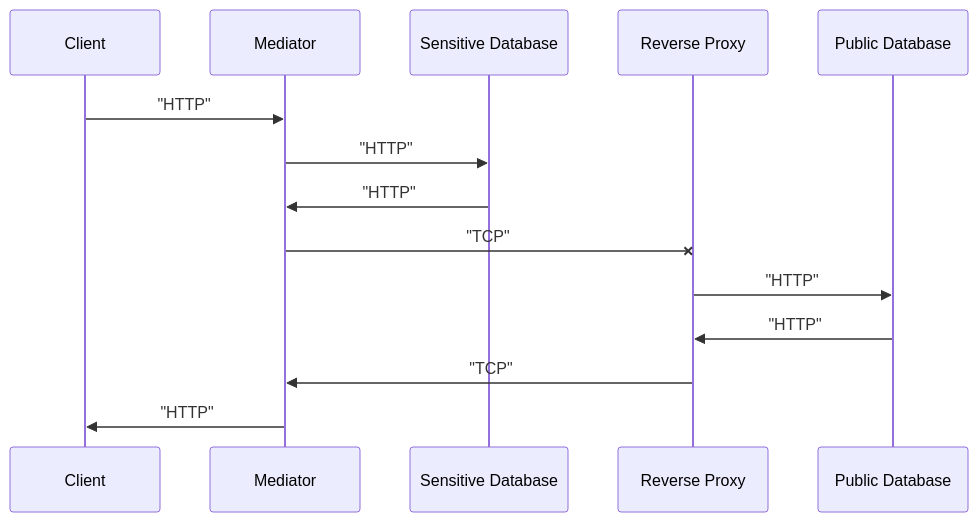
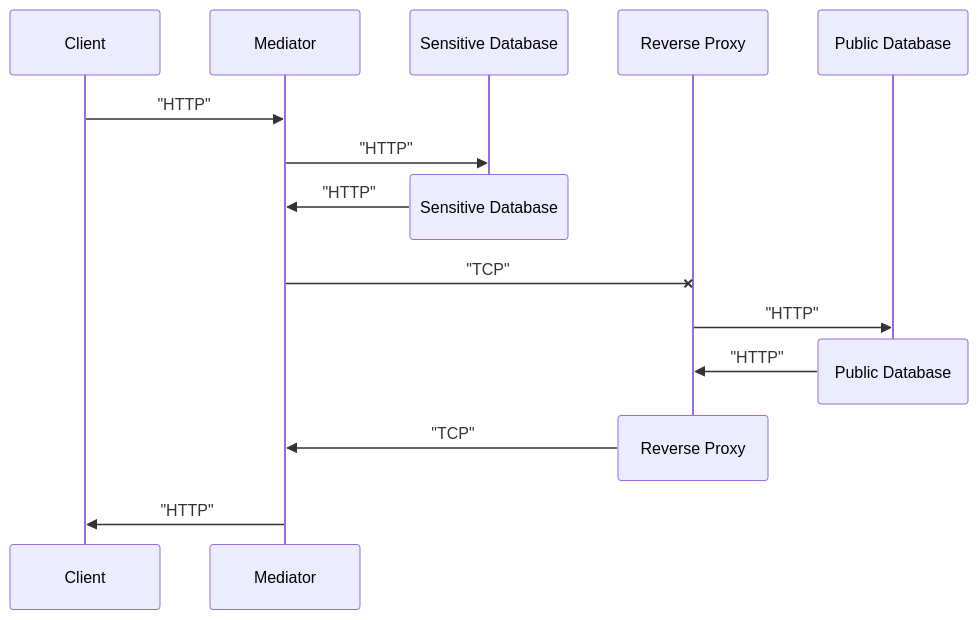
The second of 2 diagrams in README.md (SHerlihy/service-architecture-project), drawn with Mermaid before and after one commit.

Commit message:
destroy but no create

````diff
--- a/README.md
+++ b/README.md
@@ -38,19 +38,22 @@
 ```mermaid
 sequenceDiagram
     participant cli as Client
     participant med as Mediator
     cli->>med: "HTTP"
 
     participant sens as Sensitive Database
     med->>sens: "HTTP"
+    destroy sens
     sens->>med: "HTTP"
 
     participant rev as Reverse Proxy
     med-xrev: "TCP"
     participant pub as Public Database
     rev->>pub: "HTTP"
+    destroy pub
     pub->>rev:"HTTP"
+    destroy rev
     rev->>med:"TCP"
 
     med->>cli: "HTTP"
 ```
````
